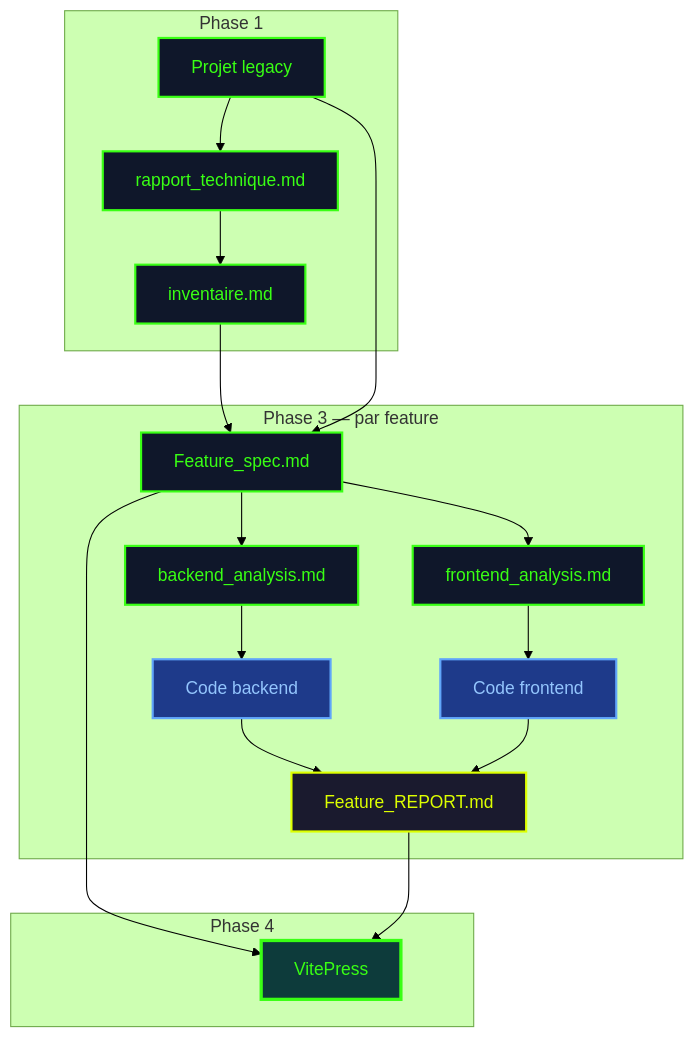
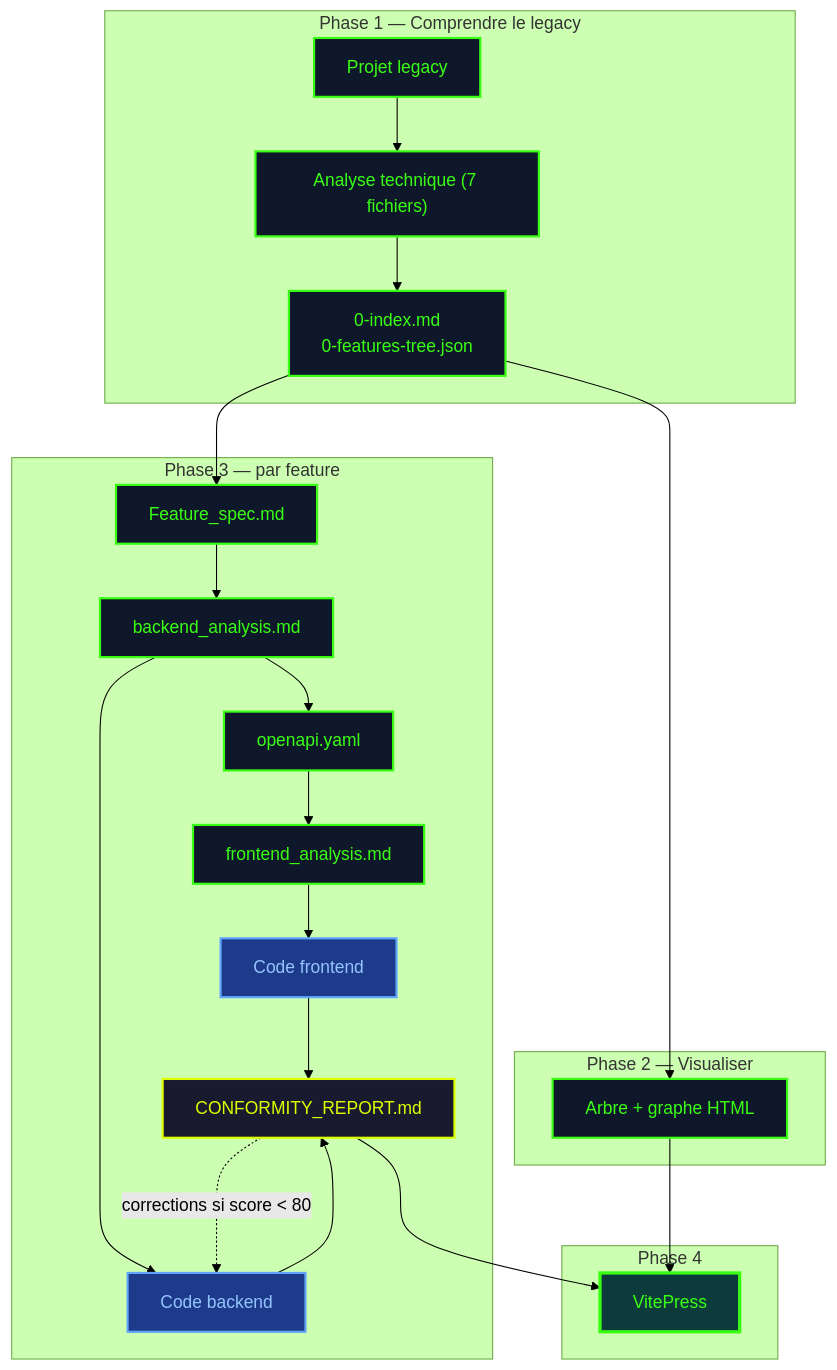
Before and after one commit to fondative/claude-code-ecosystem: diagram 15 of 15 in docs/guide/methodology.md, drawn with Mermaid (forest theme). The commit also changed other lines of this file and 260 other files, not shown here.

````diff
--- a/docs/guide/methodology.md
+++ b/docs/guide/methodology.md
@@ -617,43 +651,49 @@
 ```mermaid
 graph TB
-    subgraph P1["Phase 1"]
+    subgraph P1["Phase 1 — Comprendre le legacy"]
         LEGACY["Projet legacy"]
-        TECH["rapport_technique.md"]
-        INV["inventaire.md"]
+        TECH["Analyse technique (7 fichiers)"]
+        INV["0-index.md<br/>0-features-tree.json"]
         LEGACY --> TECH --> INV
+    end
+
+    subgraph P2["Phase 2 — Visualiser"]
+        VIZ["Arbre + graphe HTML"]
     end
 
     subgraph P3["Phase 3 — par feature"]
         SPEC["Feature_spec.md"]
         BACK["backend_analysis.md"]
+        OAS["openapi.yaml"]
         FRONT["frontend_analysis.md"]
         CODE_B["Code backend"]
         CODE_F["Code frontend"]
-        REPORT["Feature_REPORT.md"]
+        REPORT["CONFORMITY_REPORT.md"]
 
-        INV --> SPEC
-        LEGACY --> SPEC
-        SPEC --> BACK
-        SPEC --> FRONT
+        SPEC --> BACK --> OAS --> FRONT
         BACK --> CODE_B
         FRONT --> CODE_F
         CODE_B --> REPORT
         CODE_F --> REPORT
+        REPORT -. "corrections si score < 80" .-> CODE_B
     end
 
     subgraph P4["Phase 4"]
         DOCS["VitePress"]
-        SPEC --> DOCS
-        REPORT --> DOCS
     end
+
+    INV --> VIZ
+    INV --> SPEC
+    VIZ --> DOCS
+    REPORT --> DOCS
 
     classDef file fill:#0f172a,stroke:#39ff14,stroke-width:2px,color:#39ff14
     classDef code fill:#1e3a8a,stroke:#60a5fa,stroke-width:2px,color:#93c5fd
     classDef report fill:#1a1a2e,stroke:#ddff00,stroke-width:2px,color:#ddff00
     classDef output fill:#0d3b3b,stroke:#39ff14,stroke-width:3px,color:#39ff14
 
-    class LEGACY,TECH,INV,SPEC,BACK,FRONT file
+    class LEGACY,TECH,INV,VIZ,SPEC,BACK,OAS,FRONT file
     class CODE_B,CODE_F code
     class REPORT report
     class DOCS output
 ```
````
